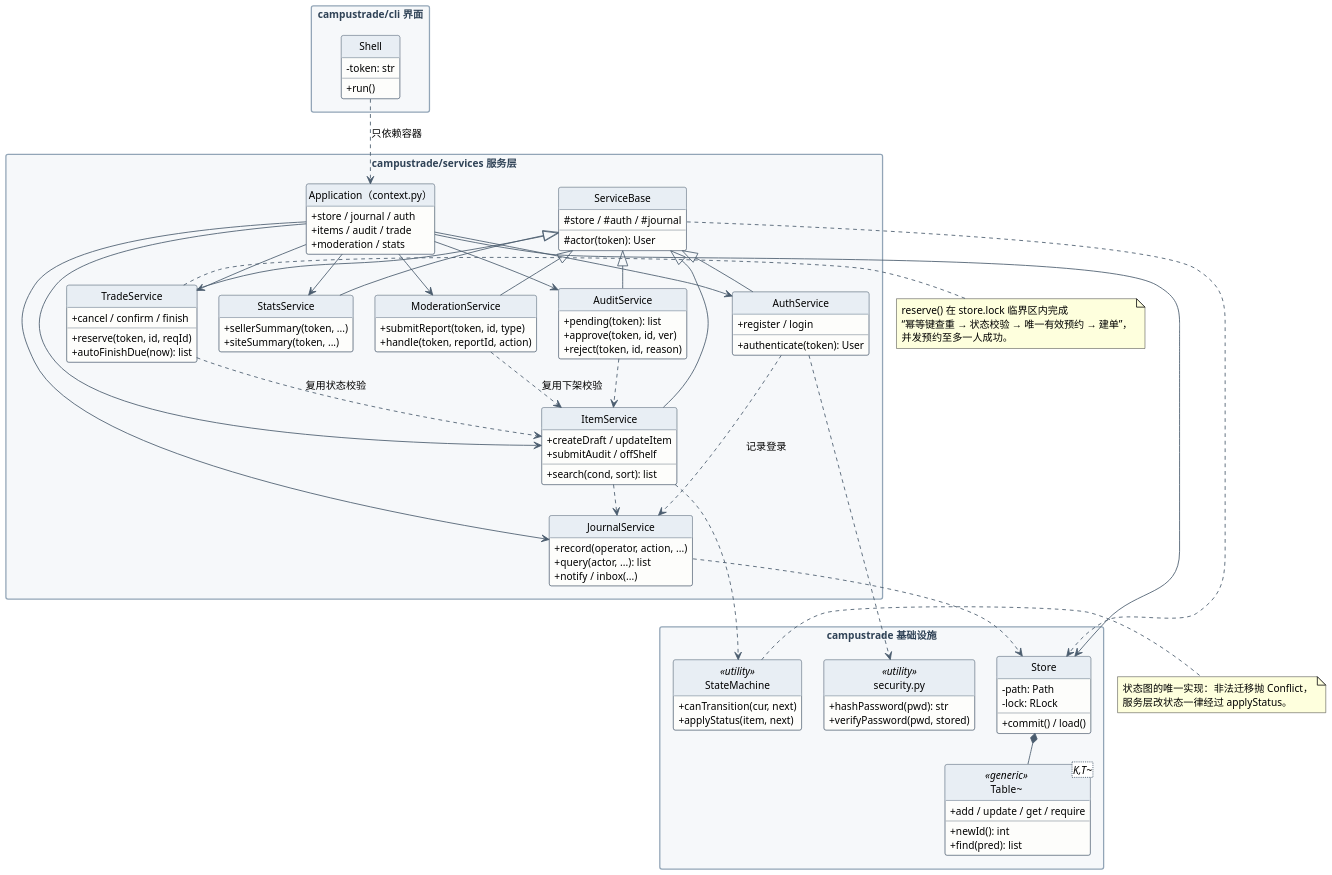
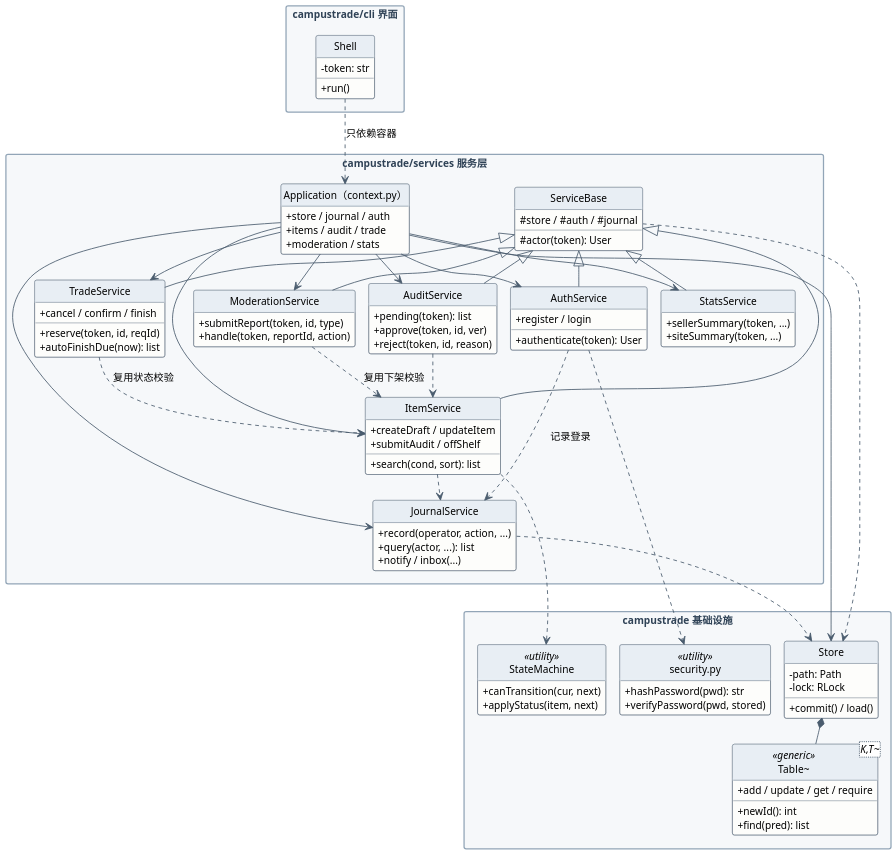
The diagram in 实验3_241220107_黄毅/UML/UML服务类图.puml (APY-tech/Software-Engineering), drawn with PlantUML before and after one commit. The commit also changed 29 other files, not shown here.

Commit message:
实验三 报告：矢量图与排版

```diff
--- a/实验3_241220107_黄毅/UML/UML服务类图.puml
+++ b/实验3_241220107_黄毅/UML/UML服务类图.puml
@@ -1,142 +1,133 @@
-@startuml UML服务类图
+@startuml
 ' ===== 校园二手交易系统 服务层与仓储类图（实验三实现） =====
 ' 学号：241220107  姓名：黄毅
 ' 说明：界面层只依赖 Application 容器，服务之间按依赖方向单向引用，
 '       仓储与状态机是被服务层复用的两个基础设施。
 
 skinparam backgroundColor #FFFFFF
 skinparam dpi 150
 skinparam defaultFontName "Microsoft YaHei"
 skinparam defaultFontSize 12
 skinparam classAttributeIconSize 0
 skinparam shadowing false
-skinparam nodesep 26
-skinparam ranksep 36
+skinparam nodesep 16
+skinparam ranksep 30
 skinparam packageStyle rectangle
 skinparam class {
   BackgroundColor #FDFDFB
   BorderColor #4A5C6E
   ArrowColor #4A5C6E
   HeaderBackgroundColor #E8EEF4
 }
 skinparam package {
   BackgroundColor #F6F8FA
   BorderColor #92A5B7
   FontColor #2F4256
   FontStyle bold
 }
 hide circle
 hide empty members
 
 package "campustrade/services 服务层" as P4 {
   class "Application（context.py）" as App {
     +store / journal / auth
     +items / audit / trade
     +moderation / stats
   }
   class ServiceBase {
     #store / #auth / #journal
     #actor(token): User
   }
   class AuthService {
     +register / login
     +authenticate(token): User
   }
   class ItemService {
     +createDraft / updateItem
     +submitAudit / offShelf
     +search(cond, sort): list
   }
   class AuditService {
     +pending(token): list
     +approve(token, id, ver)
     +reject(token, id, reason)
   }
   class TradeService {
     +reserve(token, id, reqId)
     +cancel / confirm / finish
     +autoFinishDue(now): list
   }
   class ModerationService {
     +submitReport(token, id, type)
     +handle(token, reportId, action)
   }
   class StatsService {
     +sellerSummary(token, ...)
     +siteSummary(token, ...)
   }
   class JournalService {
     +record(operator, action, ...)
     +query(actor, ...): list
     +notify / inbox(...)
   }
 }
 
 package "campustrade 基础设施" as P3 {
   class StateMachine <<utility>> {
     +canTransition(cur, next)
     +applyStatus(item, next)
   }
   class Store {
     -path: Path
     -lock: RLock
     +commit() / load()
   }
   class "Table~<K,T~>" as Table <<generic>> {
     +newId(): int
     +add / update / get / require
     +find(pred): list
   }
   class "security.py" as Password <<utility>> {
     +hashPassword(pwd): str
     +verifyPassword(pwd, stored)
   }
 }
 
 package "campustrade/cli 界面" as P5 {
   class Shell {
     -token: str
     +run()
   }
 }
 
 App --> AuthService
 App --> ItemService
 App --> AuditService
 App --> TradeService
 App --> ModerationService
 App --> StatsService
 App --> JournalService
 App --> Store
 
 AuthService -up-|> ServiceBase
 ItemService -up-|> ServiceBase
 AuditService -up-|> ServiceBase
 TradeService -up-|> ServiceBase
 ModerationService -up-|> ServiceBase
 StatsService -up-|> ServiceBase
 
 AuthService ..> JournalService : 记录登录
 AuthService ..> Password
 ItemService ..> StateMachine
 ItemService ..> JournalService
 TradeService ..> ItemService : 复用状态校验
 AuditService ..> ItemService
 ModerationService ..> ItemService : 复用下架校验
 ServiceBase ..> Store
 JournalService ..> Store
 Store *-down- Table
 Shell ..> App : 只依赖容器
 
-note right of TradeService
-  reserve() 在 store.lock 临界区内完成
-  “幂等键查重 → 状态校验 → 唯一有效预约 → 建单”，
-  并发预约至多一人成功。
-end note
 
-note right of StateMachine
-  状态图的唯一实现：非法迁移抛 Conflict，
-  服务层改状态一律经过 applyStatus。
-end note
 
 @enduml
```
